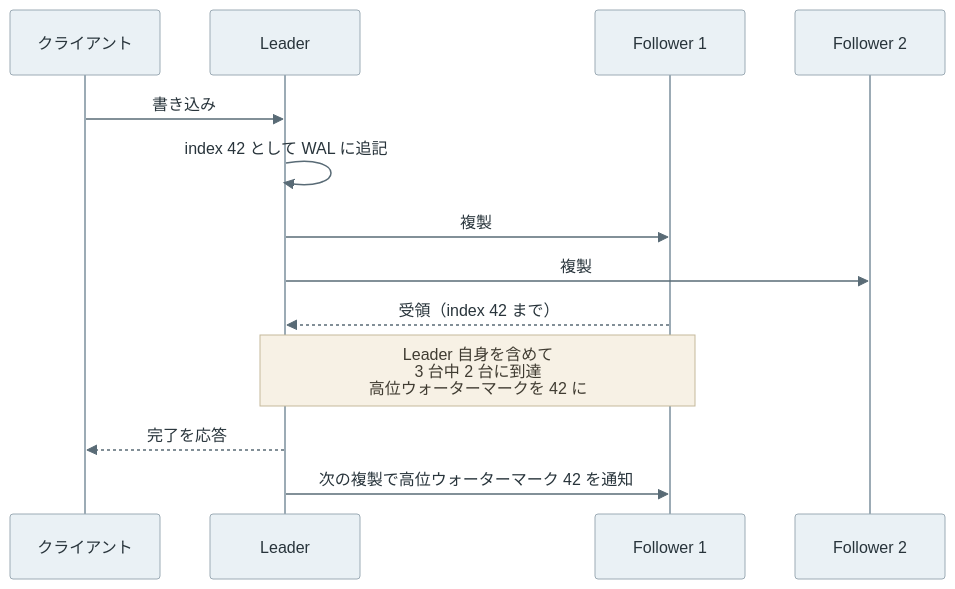
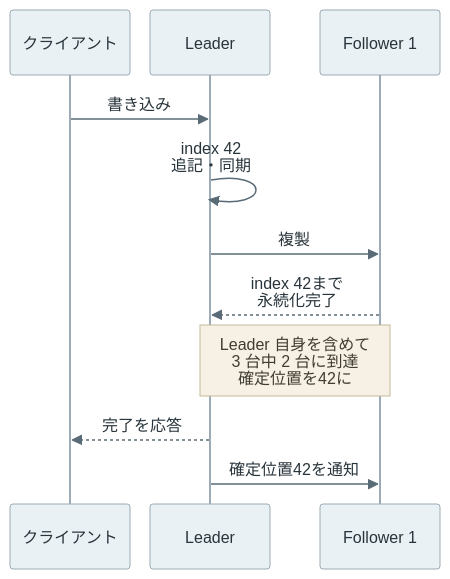
The diagram in content/notes/distributed-systems/write-ahead-log/index.md (nao1215/debimate), drawn with Mermaid before and after one commit. The commit also changed other lines of this file and 101 other files, not shown here.

````diff
--- a/content/notes/distributed-systems/write-ahead-log/index.md
+++ b/content/notes/distributed-systems/write-ahead-log/index.md
@@ -230,16 +250,14 @@
 ```mermaid
-%%{init: {"theme":"base","themeVariables":{"primaryColor":"#eaf1f5","primaryTextColor":"#28343b","primaryBorderColor":"#9cabb5","lineColor":"#596b76","textColor":"#28343b","actorBkg":"#eaf1f5","actorBorder":"#9cabb5","actorTextColor":"#28343b","actorLineColor":"#9cabb5","signalColor":"#596b76","signalTextColor":"#28343b","noteBkgColor":"#f7f1e5","noteBorderColor":"#c5b99b","noteTextColor":"#403c32","activationBkgColor":"#edf3ef","activationBorderColor":"#9aafa1"}}}%%
+%%{init: {"theme": "base", "themeVariables": {"primaryColor": "#eaf1f5", "primaryTextColor": "#28343b", "primaryBorderColor": "#9cabb5", "lineColor": "#596b76", "textColor": "#28343b", "actorBkg": "#eaf1f5", "actorBorder": "#9cabb5", "actorTextColor": "#28343b", "actorLineColor": "#9cabb5", "signalColor": "#596b76", "signalTextColor": "#28343b", "noteBkgColor": "#f7f1e5", "noteBorderColor": "#c5b99b", "noteTextColor": "#403c32", "activationBkgColor": "#edf3ef", "activationBorderColor": "#9aafa1"}, "sequence": {"actorMargin": 20, "width": 120, "messageMargin": 25, "wrap": false}}}%%
 sequenceDiagram
     participant C as クライアント
     participant L as Leader
     participant F1 as Follower 1
-    participant F2 as Follower 2
     C->>L: 書き込み
-    L->>L: index 42 として WAL に追記
+    L->>L: index 42<br/>追記・同期
     L->>F1: 複製
-    L->>F2: 複製
-    F1-->>L: 受領（index 42 まで）
-    Note over L,F1: Leader 自身を含めて<br/>3 台中 2 台に到達<br/>高位ウォーターマークを 42 に
+    F1-->>L: index 42まで<br/>永続化完了
+    Note over L,F1: Leader 自身を含めて<br/>3 台中 2 台に到達<br/>確定位置を42に
     L-->>C: 完了を応答
-    L->>F1: 次の複製で高位ウォーターマーク 42 を通知
+    L->>F1: 確定位置42を通知
 ```
````
